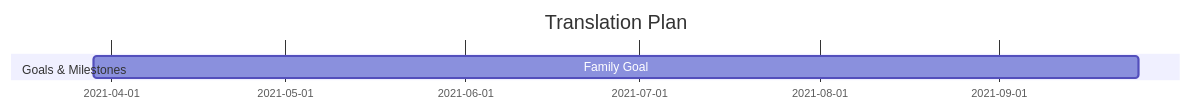
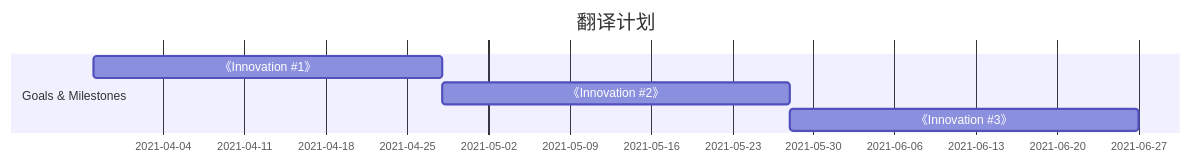
Before and after one commit to goooooouwa/writings: the diagram in _posts/side project/2021-03-29-translation-plan.md, drawn with Mermaid. The commit also changed other lines of this file, not shown here.

```diff
--- a/_posts/side project/2021-03-29-translation-plan.md
+++ b/_posts/side project/2021-03-29-translation-plan.md
@@ -13,8 +12,10 @@
 <div class="mermaid">
     gantt
-    title Translation Plan
+    title 翻译计划
     dateFormat  YYYY-MM-DD
 
     section Goals & Milestones
-    Family Goal :2021-03-29, 180d
+    《Innovation #1》 :2021-03-29, 30d
+    《Innovation #2》 :30d
+    《Innovation #3》 :30d
 </div>
```
